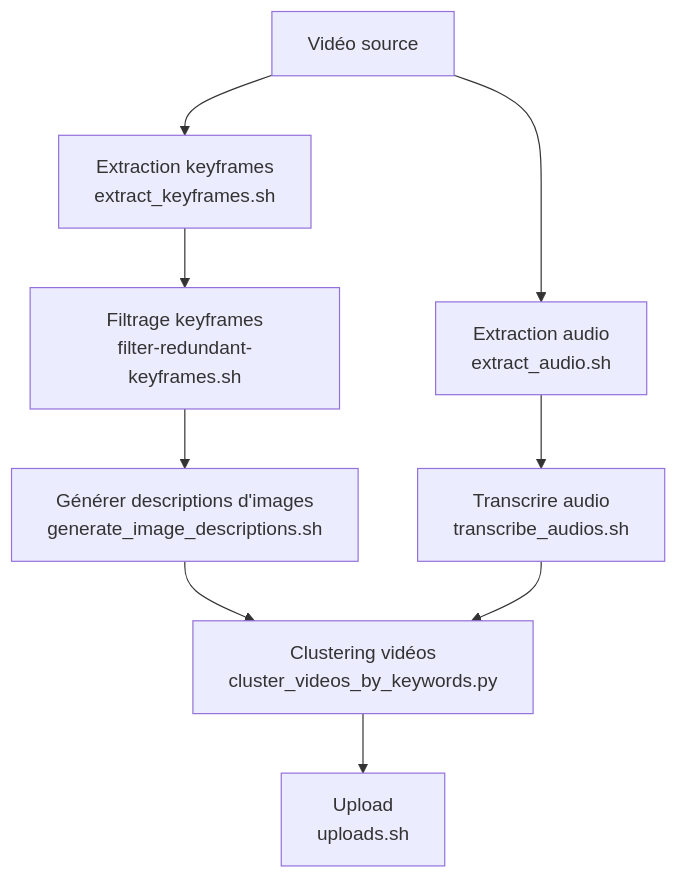
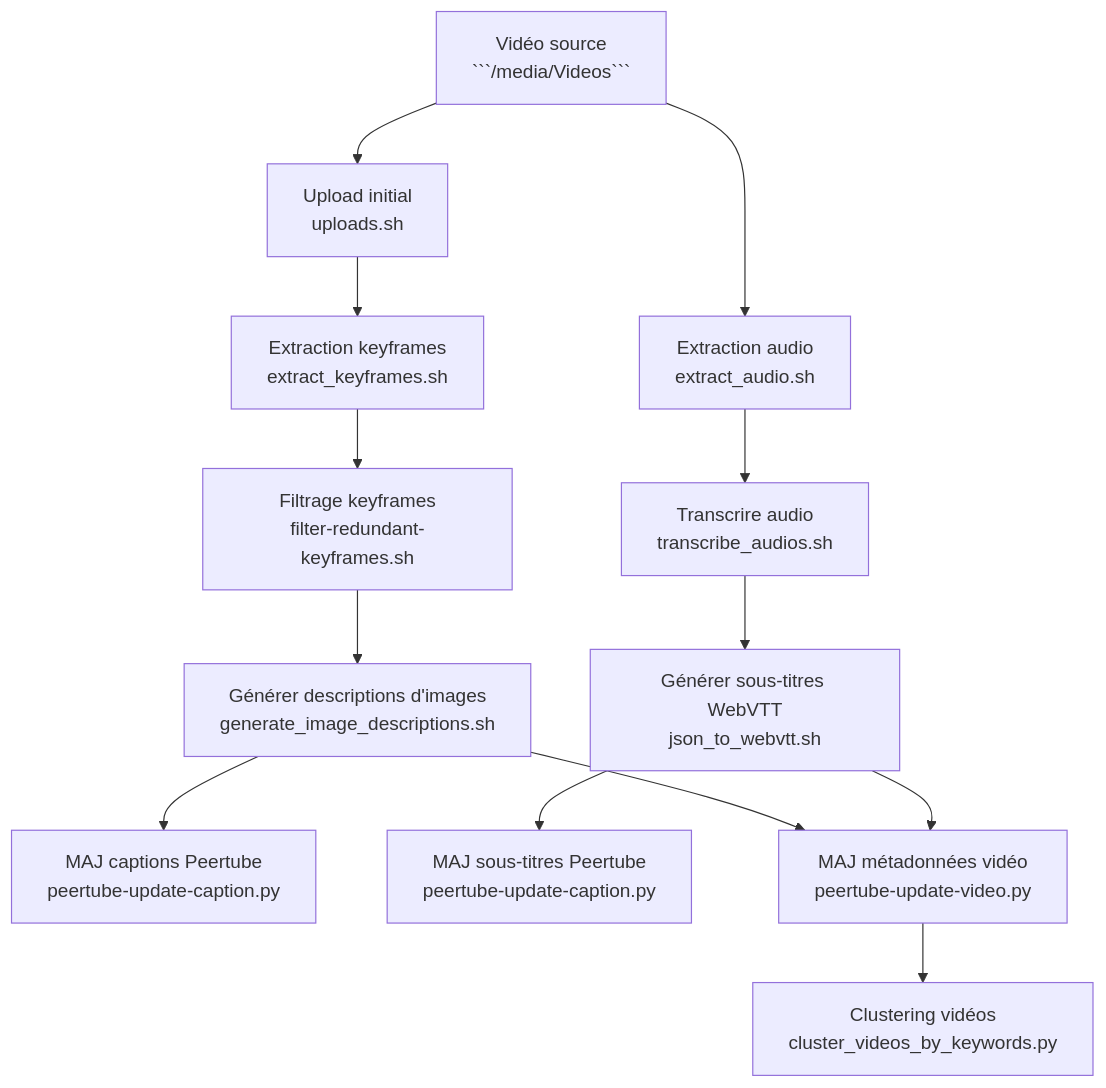
Before and after one commit to rngadam/vllm: the diagram in README.md, drawn with Mermaid. The commit also changed other lines of this file, not shown here.

````diff
--- a/README.md
+++ b/README.md
@@ -57,10 +72,14 @@
 ```mermaid
 flowchart TD
-    A[Vidéo source] --> B[Extraction keyframes<br>extract_keyframes.sh]
-    B --> C[Filtrage keyframes<br>filter-redundant-keyframes.sh]
-    C --> D[Générer descriptions d'images<br>generate_image_descriptions.sh]
-    A --> E[Extraction audio<br>extract_audio.sh]
-    E --> F[Transcrire audio<br>transcribe_audios.sh]
-    D & F --> G[Clustering vidéos<br>cluster_videos_by_keywords.py]
-    G --> H[Upload<br>uploads.sh]
+    A[Vidéo source<br>```/media/Videos```] --> B[Upload initial<br>uploads.sh]
+    B --> C[Extraction keyframes<br>extract_keyframes.sh]
+    C --> D[Filtrage keyframes<br>filter-redundant-keyframes.sh]
+    D --> E[Générer descriptions d'images<br>generate_image_descriptions.sh]
+    E --> F[MAJ captions Peertube<br>peertube-update-caption.py]
+    A --> G[Extraction audio<br>extract_audio.sh]
+    G --> H[Transcrire audio<br>transcribe_audios.sh]
+    H --> I[Générer sous-titres WebVTT<br>json_to_webvtt.sh]
+    I --> J[MAJ sous-titres Peertube<br>peertube-update-caption.py]
+    E & I --> K[MAJ métadonnées vidéo<br>peertube-update-video.py]
+    K --> L[Clustering vidéos<br>cluster_videos_by_keywords.py]
 ```
````
